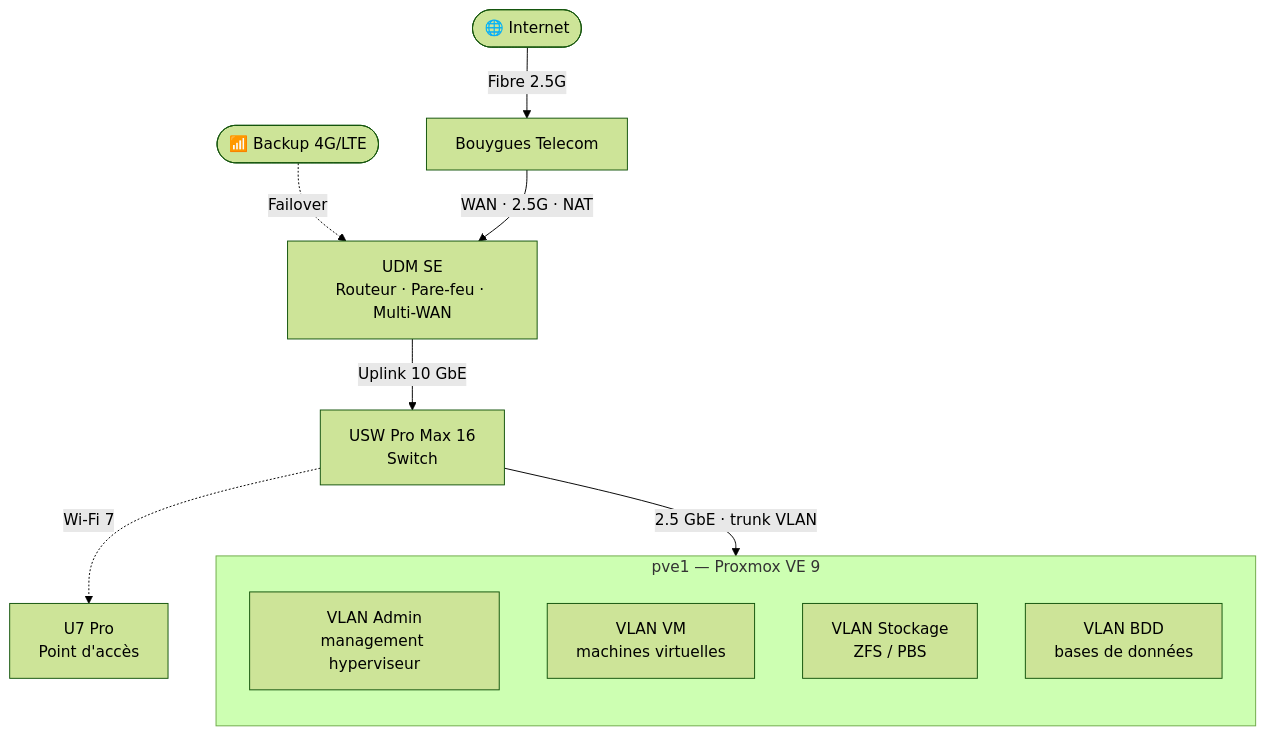
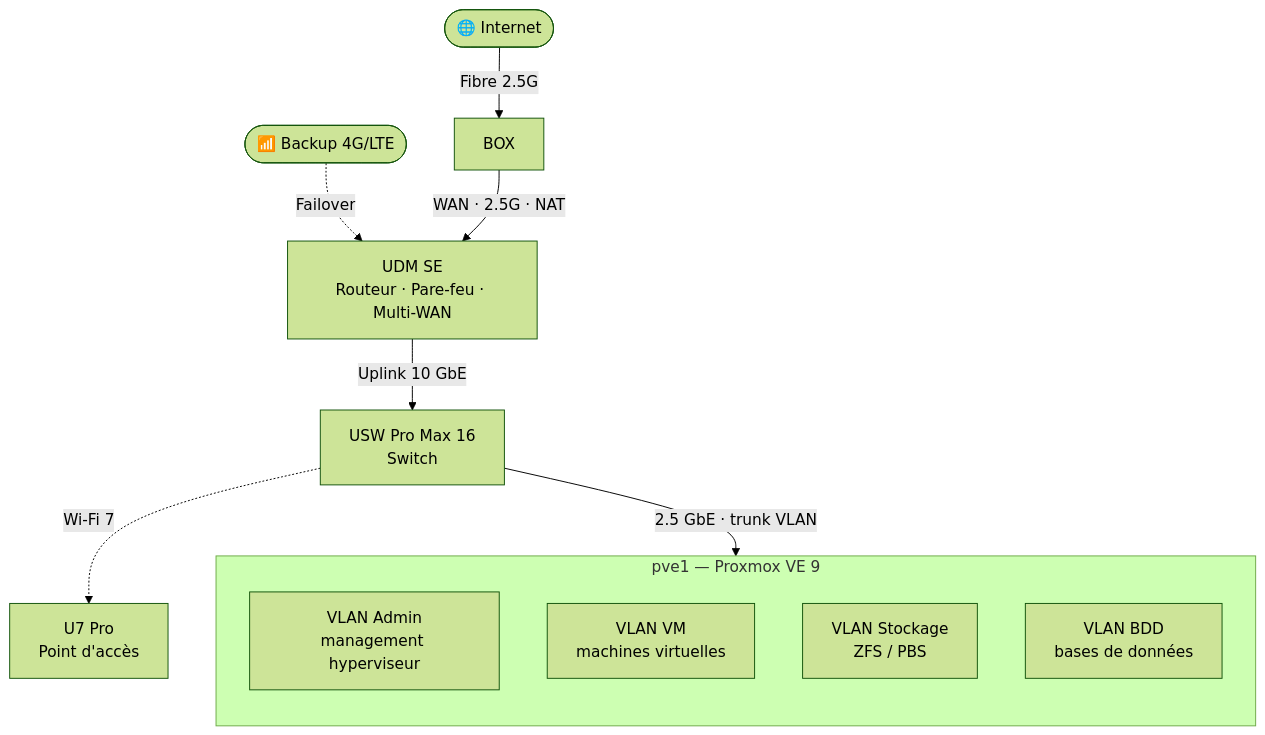
The diagram in README.md (PMspectre/homelab), drawn with Mermaid (forest theme) before and after one commit. The commit also changed other lines of this file, not shown here.

````diff
--- a/README.md
+++ b/README.md
@@ -77,20 +76,20 @@
 ```mermaid
 flowchart TD
-    NET([🌐 Internet]) -->|Fibre 2.5G| BBOX[Bouygues Telecom]
+    NET([🌐 Internet]) -->|Fibre 2.5G| BBOX[BOX]
     LTE([📶 Backup 4G/LTE]) -. Failover .-> UDM
 
     BBOX -->|WAN · 2.5G · NAT| UDM[UDM SE<br/>Routeur · Pare-feu · Multi-WAN]
 
     UDM -->|Uplink 10 GbE| SW[USW Pro Max 16<br/>Switch]
     SW -. Wi-Fi 7 .-> AP[U7 Pro<br/>Point d'accès]
 
     SW -->|2.5 GbE · trunk VLAN| PVE
 
     subgraph PVE[pve1 — Proxmox VE 9]
         direction TB
         VADM[VLAN Admin<br/>management hyperviseur]
         VVM[VLAN VM<br/>machines virtuelles]
         VSTO[VLAN Stockage<br/>ZFS / PBS]
         VBDD[VLAN BDD<br/>bases de données]
     end
 ```
````
